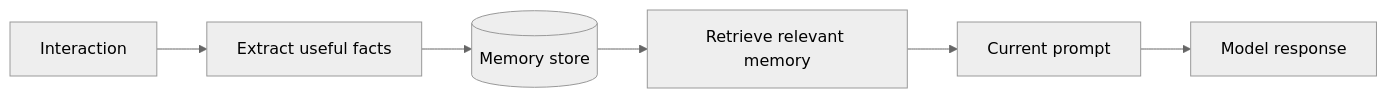
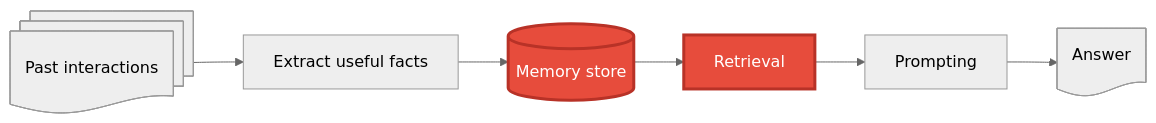
One commit to w4bo/AA2627-unibo-dcai changed diagram 12 of 20 in slides/02-rag.qmd. Above: the diagram before and after it, drawn with Mermaid (neutral theme). The commit also changed other lines of this file and 2 other files, not shown here.

````diff
--- a/slides/02-rag.qmd
+++ b/slides/02-rag.qmd
@@ -898,9 +905,12 @@
 ```{mermaid}
 %%| echo: false
 flowchart LR
-  Interaction[Interaction] --> Extract[Extract useful facts]
-  Extract --> Memory[(Memory store)]
-  Memory --> Retrieve[Retrieve relevant memory]
-  Retrieve --> Prompt[Current prompt]
-  Prompt --> Model[Model response]
+  I@{ shape: docs, label: "Past interactions" } --> X[Extract useful facts]
+  X --> M[(Memory store)]
+  M --> R[Retrieval]
+  R --> P[Prompting]
+  P --> A@{ shape: doc, label: "Answer" }
+
+  classDef focus fill:#e74c3c,color:#fff,stroke:#b83227,stroke-width:3px
+  class M,R focus
 ```
````
